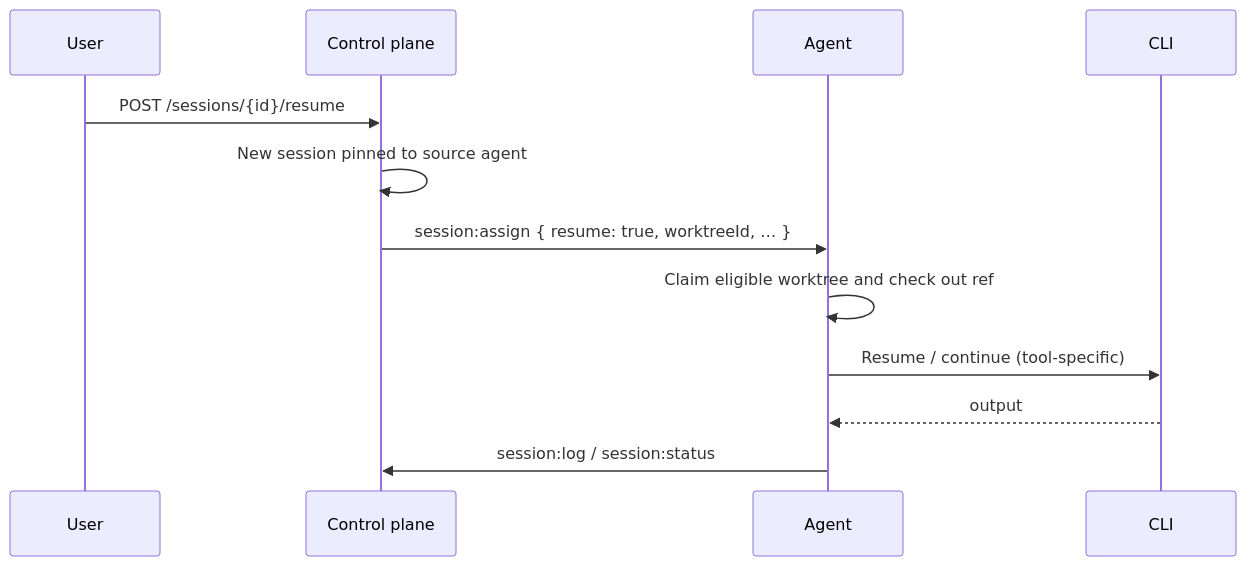
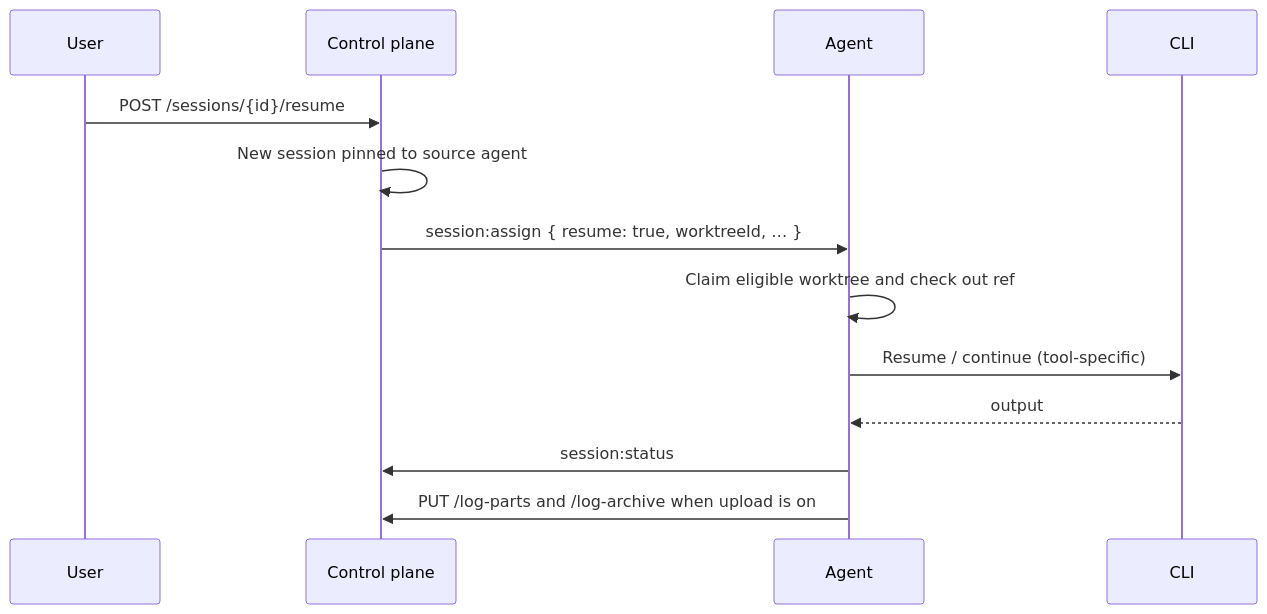
The third of 5 diagrams in docs/host-daemon.md (jonathanong/auto-harness), drawn with Mermaid before and after one commit. The commit also changed other lines of this file and 13 other files, not shown here.

````diff
--- a/docs/host-daemon.md
+++ b/docs/host-daemon.md
@@ -285,15 +287,16 @@
 ```mermaid
 sequenceDiagram
     participant User
     participant API as Control plane
     participant Agent
     participant CLI
 
     User->>API: POST /sessions/{id}/resume
     API->>API: New session pinned to source agent
     API->>Agent: session:assign { resume: true, worktreeId, … }
     Agent->>Agent: Claim eligible worktree and check out ref
     Agent->>CLI: Resume / continue (tool-specific)
     CLI-->>Agent: output
-    Agent->>API: session:log / session:status
+    Agent->>API: session:status
+    Agent->>API: PUT /log-parts and /log-archive when upload is on
 ```
````
